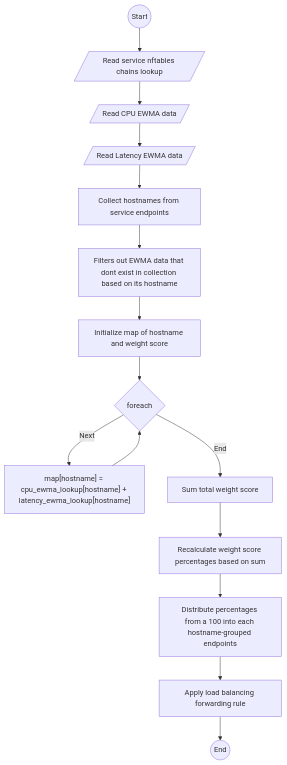
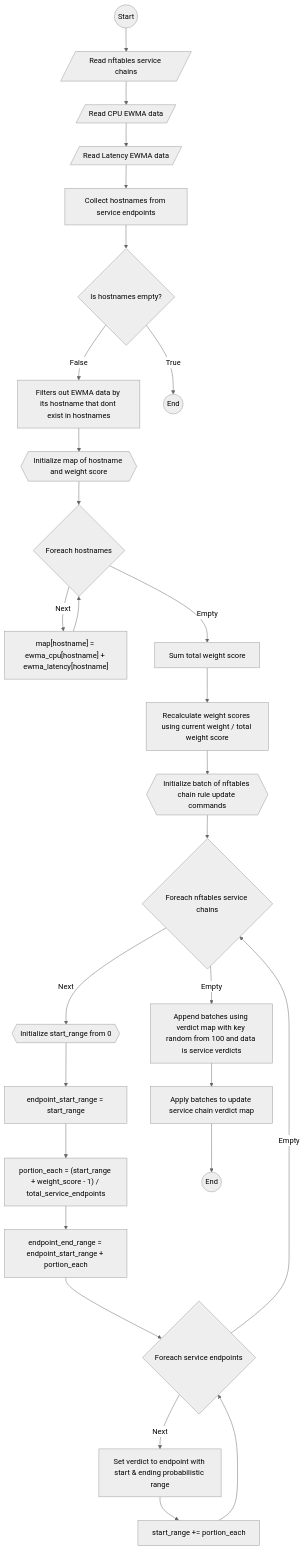
Before and after one commit to mirzahilmi/latency-aware-kubernetes: the diagram in docs/prober_chain_reconciliation.mermaid, drawn with Mermaid. The commit also changed 1 other file, not shown here.

Commit message:
feat(docs): added iteration details on reconcilation flowchart

```diff
--- a/docs/prober_chain_reconciliation.mermaid
+++ b/docs/prober_chain_reconciliation.mermaid
@@ -1,16 +1,32 @@
+---
+config:
+  theme: neutral
+---
 flowchart TD
-    Start@{ shape: "circle", label: "Start"} --> Proc1@{ shape: "lean-r", label: "Read service nftables chains lookup" }
-    Proc1 --> Proc2@{ shape: "lean-r", label: "Read CPU EWMA data" }
-    Proc2 --> Proc3@{ shape: "lean-r", label: "Read Latency EWMA data" }
-    %% hashset hostnames -> iterate each ewma key exist in hashset & eliminate
-    Proc3 --> Proc4@{ shape: "rect", label: "Collect hostnames from service endpoints" }
-    Proc4 --> Proc5@{ shape: "rect", label: "Filters out EWMA data that dont exist in collection based on its hostname" }
-    Proc5 --> Proc6@{ shape: "rect", label: "Initialize map of hostname and weight score" }
-    Proc6 --> Proc7@{ shape: "diamond", label: "foreach" }
-    Proc7 -- Next -->Proc8@{ shape: "rect", label: "map[hostname] = cpu_ewma_lookup[hostname] + latency_ewma_lookup[hostname]" }
-    Proc8 --> Proc7
-    Proc7 -- End -->Proc9@{ shape: "rect", label: "Sum total weight score" }
-    Proc9 --> Proc10@{ shape: "rect", label: "Recalculate weight score percentages based on sum" }
-    Proc10 --> Proc11@{ shape: "rect", label: "Distribute percentages from a 100 into each hostname-grouped endpoints" }
-    Proc11 --> Proc12@{ shape: "rect", label: "Apply load balancing forwarding rule" }
-    Proc12 --> End@{ shape: "circle", label: "End"}
+    Start@{ shape: "circle", label: "Start"} --> 1@{ shape: "lean-r", label: "Read nftables service chains" }
+    1 --> 2@{ shape: "lean-r", label: "Read CPU EWMA data" }
+    2 --> 3@{ shape: "lean-r", label: "Read Latency EWMA data" }
+    3 --> 4@{ shape: "rect", label: "Collect hostnames from service endpoints" }
+    4 --> 5@{ shape: "diamond", label: "Is hostnames empty?" }
+    5 -- True --> End1@{ shape: "circle", label: "End"}
+    5 -- False --> 6@{ shape: "rect", label: "Filters out EWMA data by its hostname that dont exist in hostnames" }
+    6 --> 7@{ shape: "hex", label: "Initialize map of hostname and weight score" }
+    7 --> 8@{ shape: "diamond", label: "Foreach hostnames" }
+    8 -- Next -->9@{ shape: "rect", label: "map[hostname] = ewma_cpu[hostname] + ewma_latency[hostname]" }
+    9 --> 8
+    8 -- Empty -->10@{ shape: "rect", label: "Sum total weight score" }
+    10 --> 11@{ shape: "rect", label: "Recalculate weight scores using current weight / total weight score" }
+    11 --> 12@{ shape: "hex", label: "Initialize batch of nftables chain rule update commands" }
+    12 --> 13@{ shape: "diamond", label: "Foreach nftables service chains" }
+    13 -- Next --> 14@{ shape: "hex", label: "Initialize start_range from 0" }
+    14 --> 15@{ shape: "rect", label: "endpoint_start_range = start_range" }
+    15 --> 16@{ shape: "rect", label: "portion_each = (start_range + weight_score - 1) / total_service_endpoints" }
+    16 --> 17@{ shape: "rect", label: "endpoint_end_range = endpoint_start_range + portion_each" }
+    17 --> 18@{ shape: "diamond", label: "Foreach service endpoints" }
+    18 -- Next --> 19@{ shape: "rect", label: "Set verdict to endpoint with start & ending probabilistic range" }
+    19 --> 20@{ shape: "rect", label: "start_range += portion_each" }
+    20 --> 18
+    18 -- Empty --> 13
+    13 -- Empty --> 21@{ shape: "rect", label: "Append batches using verdict map with key random from 100 and data is service verdicts" }
+    21 --> 22@{ shape: "rect", label: "Apply batches to update service chain verdict map" }
+    22 --> End2@{ shape: "circle", label: "End"}
```
